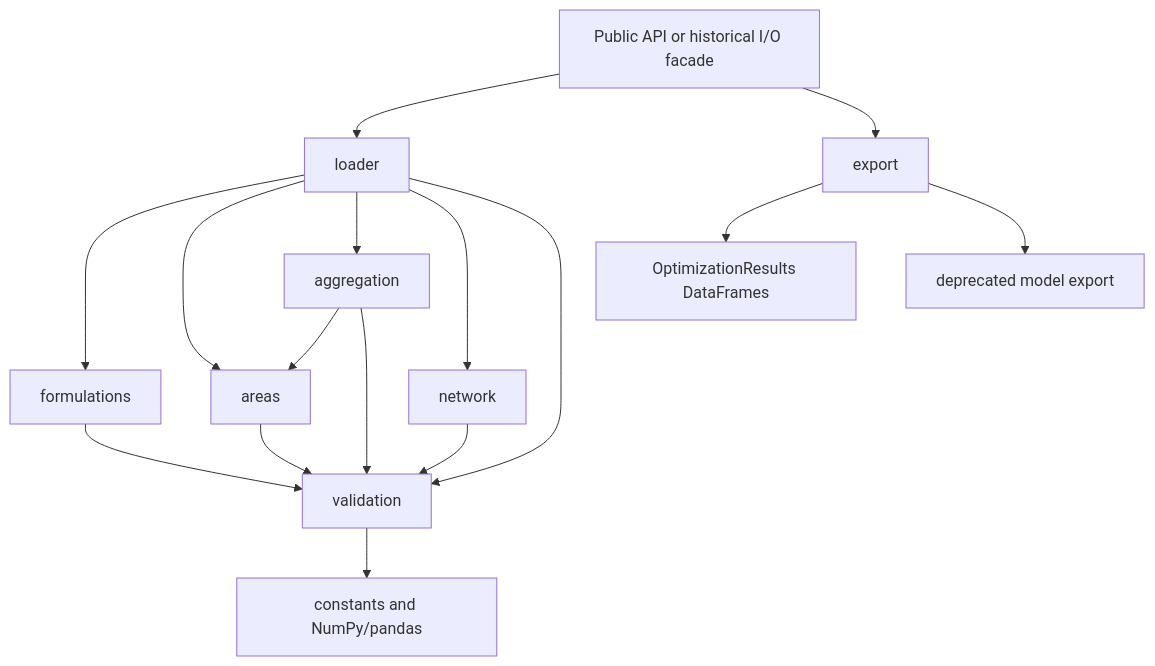
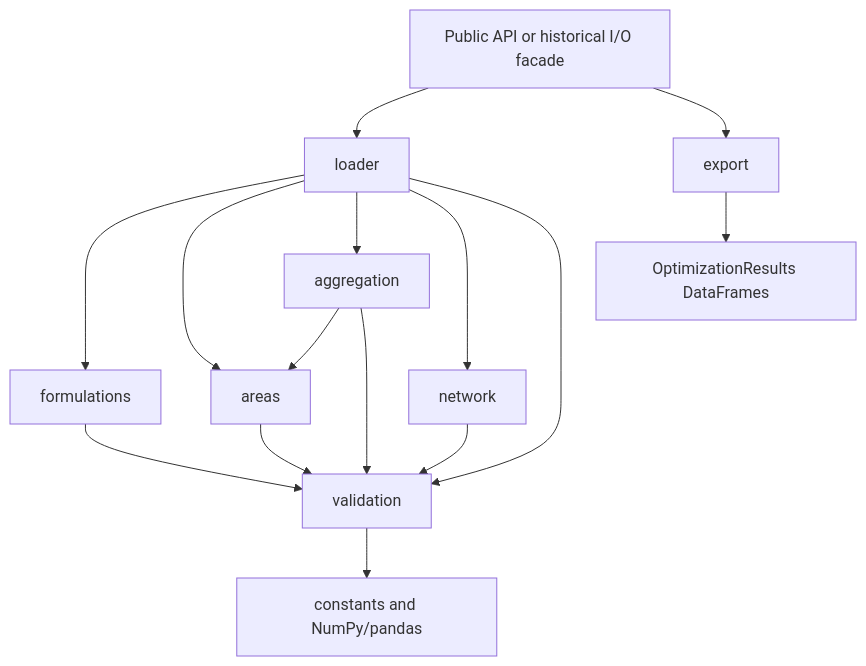
The second of 7 diagrams in docs/source/sdom_Developers_guide.md (NatLabRockies/SDOM), drawn with Mermaid before and after one commit. The commit also changed other lines of this file and 43 other files, not shown here.

````diff
--- a/docs/source/sdom_Developers_guide.md
+++ b/docs/source/sdom_Developers_guide.md
@@ -210,18 +209,17 @@
 ```mermaid
 flowchart TD
   Public[Public API or historical I/O facade] --> Loader[loader]
   Public --> Export[export]
   Loader --> Formulations[formulations]
   Loader --> Areas[areas]
   Loader --> Aggregation[aggregation]
   Loader --> Network[network]
   Aggregation --> Areas
   Loader --> Validation[validation]
   Formulations --> Validation
   Areas --> Validation
   Network --> Validation
   Aggregation --> Validation
   Validation --> Dependencies[constants and NumPy/pandas]
   Export --> Results[OptimizationResults DataFrames]
-  Export --> Legacy[deprecated model export]
 ```
````
